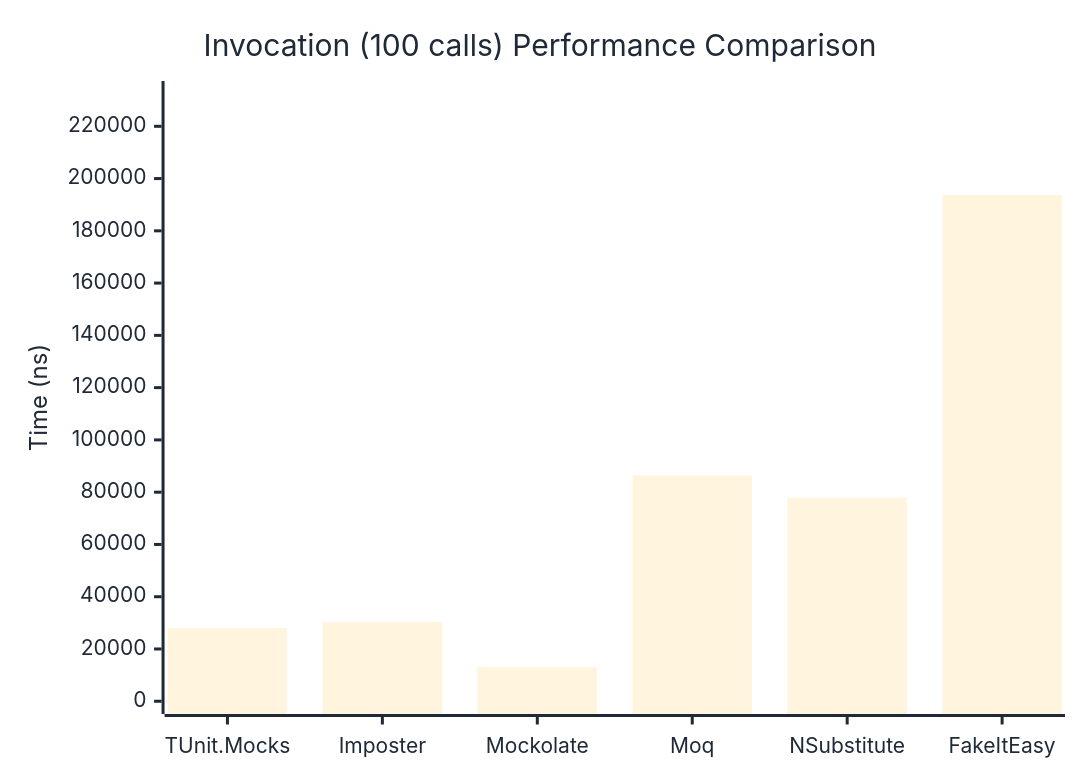
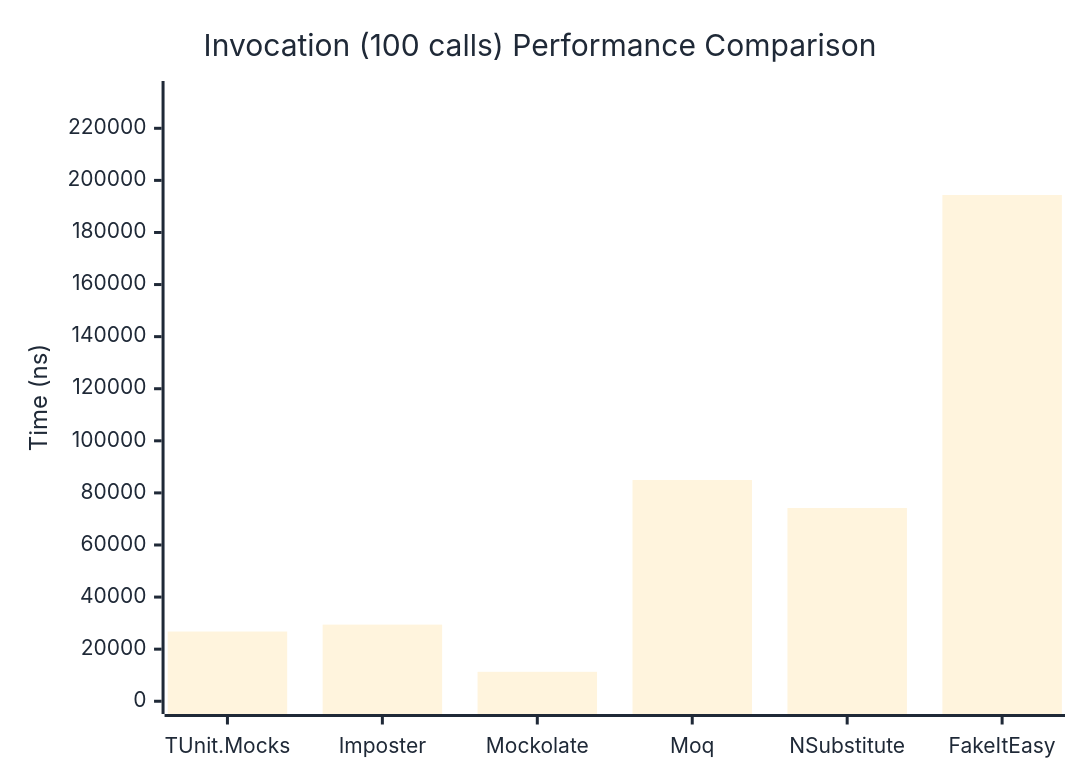
The third of 3 diagrams in docs/docs/benchmarks/mocks/Invocation.md (thomhurst/TUnit), drawn with Mermaid before and after one commit. The commit also changed other lines of this file and 14 other files, not shown here.

````diff
--- a/docs/docs/benchmarks/mocks/Invocation.md
+++ b/docs/docs/benchmarks/mocks/Invocation.md
@@ -112,27 +112,27 @@
 ```mermaid
 %%{init: {
   'theme':'base',
   'themeVariables': {
     'primaryColor': '#2563eb',
     'primaryTextColor': '#1f2937',
     'primaryBorderColor': '#1e40af',
     'lineColor': '#6b7280',
     'secondaryColor': '#7c3aed',
     'tertiaryColor': '#dc2626',
     'background': '#ffffff',
     'pie1': '#2563eb',
     'pie2': '#7c3aed',
     'pie3': '#dc2626',
     'pie4': '#f59e0b',
     'pie5': '#10b981',
     'pie6': '#06b6d4',
     'pie7': '#ec4899',
     'pie8': '#6366f1'
   }
 }}%%
 xychart-beta
   title "Invocation (100 calls) Performance Comparison"
   x-axis ["TUnit.Mocks", "Imposter", "Mockolate", "Moq", "NSubstitute", "FakeItEasy"]
-  y-axis "Time (ns)" 0 --> 232453
-  bar [28081, 30281.4, 13069.8, 86355.1, 77843.4, 193710.2]
+  y-axis "Time (ns)" 0 --> 233266
+  bar [26774.46, 29422.66, 11300.93, 84945.32, 74207.71, 194387.96]
 ```
````
